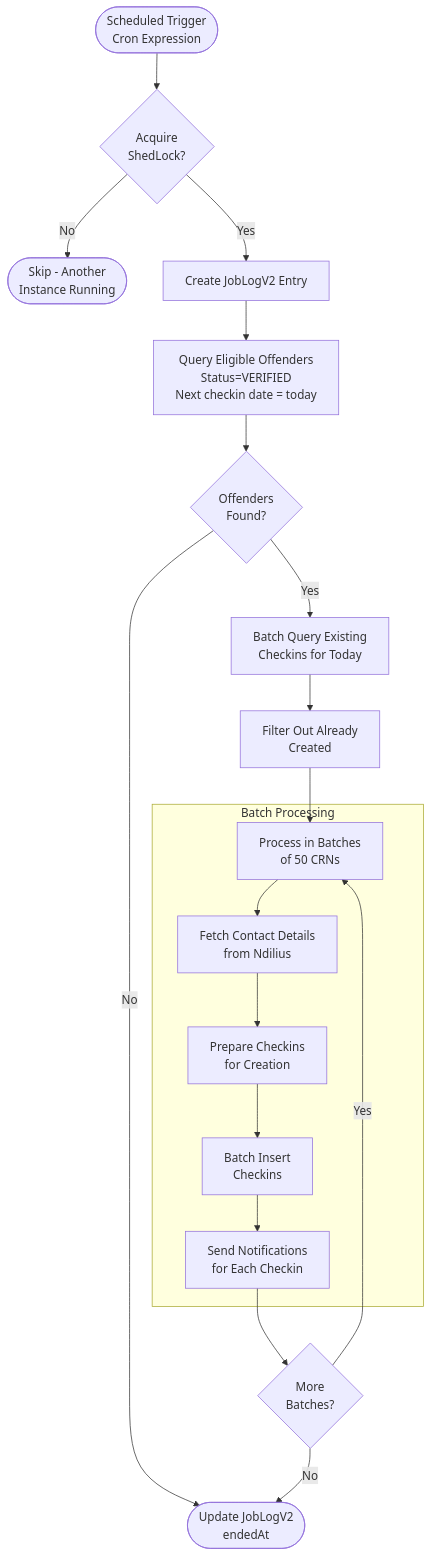
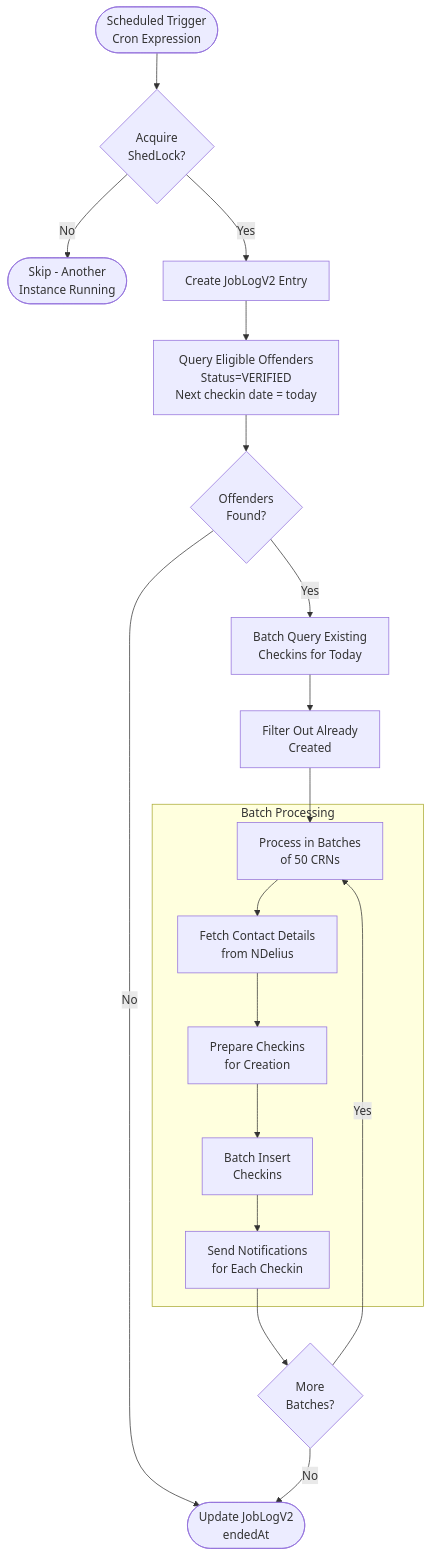
The first of 2 diagrams in docs/v2/BACKGROUND_JOBS.md (ministryofjustice/hmpps-esupervision-api), drawn with Mermaid before and after one commit. The commit also changed other lines of this file and 8 other files, not shown here.

Commit message:
Update ndilius to NDelius in docs

````diff
--- a/docs/v2/BACKGROUND_JOBS.md
+++ b/docs/v2/BACKGROUND_JOBS.md
@@ -22,31 +22,31 @@
 ```mermaid
 flowchart TB
     START([Scheduled Trigger<br/>Cron Expression])
 
     START --> LOCK{Acquire<br/>ShedLock?}
     LOCK -->|No| SKIP([Skip - Another<br/>Instance Running])
     LOCK -->|Yes| LOG[Create JobLogV2 Entry]
 
     LOG --> QUERY[Query Eligible Offenders<br/>Status=VERIFIED<br/>Next checkin date = today]
 
     QUERY --> CHECK{Offenders<br/>Found?}
     CHECK -->|No| COMPLETE
 
     CHECK -->|Yes| EXISTING[Batch Query Existing<br/>Checkins for Today]
     EXISTING --> FILTER[Filter Out Already<br/>Created]
 
     FILTER --> BATCH[Process in Batches<br/>of 50 CRNs]
 
     subgraph "Batch Processing"
-        BATCH --> FETCH[Fetch Contact Details<br/>from Ndilius]
+        BATCH --> FETCH[Fetch Contact Details<br/>from NDelius]
         FETCH --> PREPARE[Prepare Checkins<br/>for Creation]
         PREPARE --> SAVE[Batch Insert<br/>Checkins]
         SAVE --> NOTIFY[Send Notifications<br/>for Each Checkin]
     end
 
     NOTIFY --> NEXT{More<br/>Batches?}
     NEXT -->|Yes| BATCH
     NEXT -->|No| COMPLETE
 
     COMPLETE([Update JobLogV2<br/>endedAt])
 ```
````
